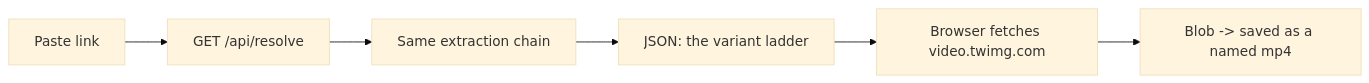
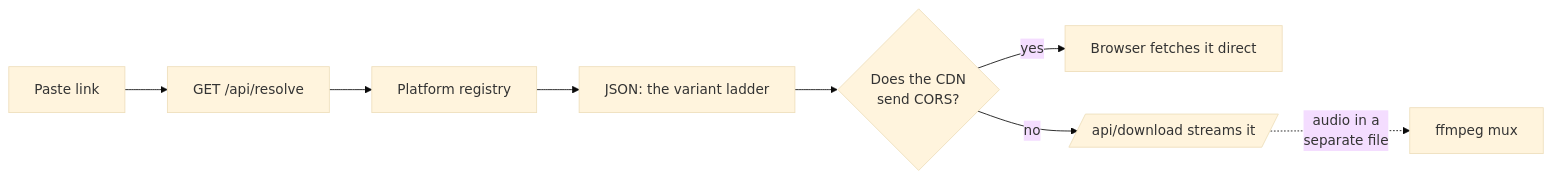
Before and after one commit to ShaunVee/xwitter_downloader: the second of 2 diagrams in README.md, drawn with Mermaid (base theme). The commit also changed other lines of this file and 24 other files, not shown here.

````diff
--- a/README.md
+++ b/README.md
@@ -117,8 +117,10 @@
 ```mermaid
 flowchart LR
     A[Paste link] --> B[GET /api/resolve]
-    B --> C[Same extraction chain]
+    B --> C[Platform registry]
     C --> D[JSON: the variant ladder]
-    D --> E[Browser fetches video.twimg.com]
-    E --> F[Blob -> saved as a named mp4]
+    D --> E{Does the CDN<br/>send CORS?}
+    E -- yes --> F[Browser fetches it direct]
+    E -- no --> G[/api/download streams it/]
+    G -.audio in a<br/>separate file.-> H[ffmpeg mux]
 ```
````
